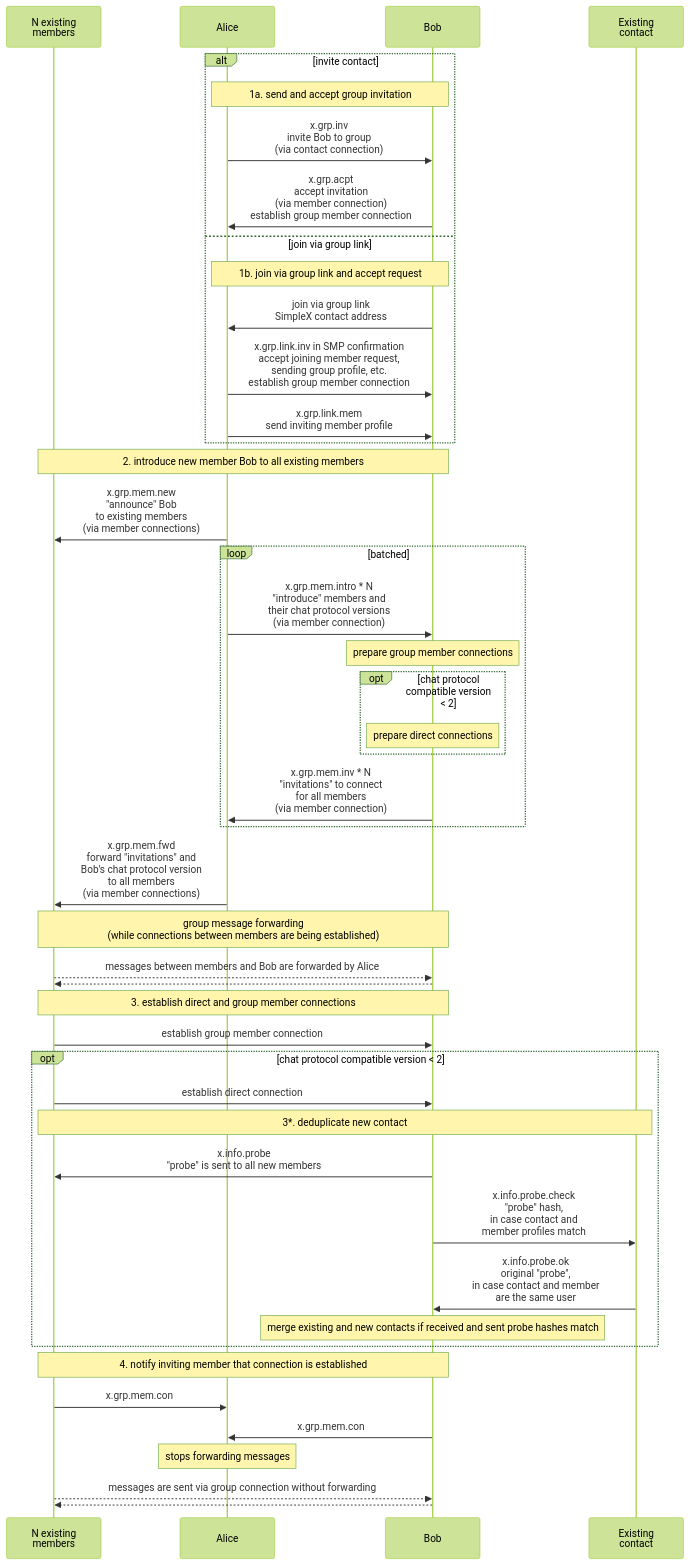
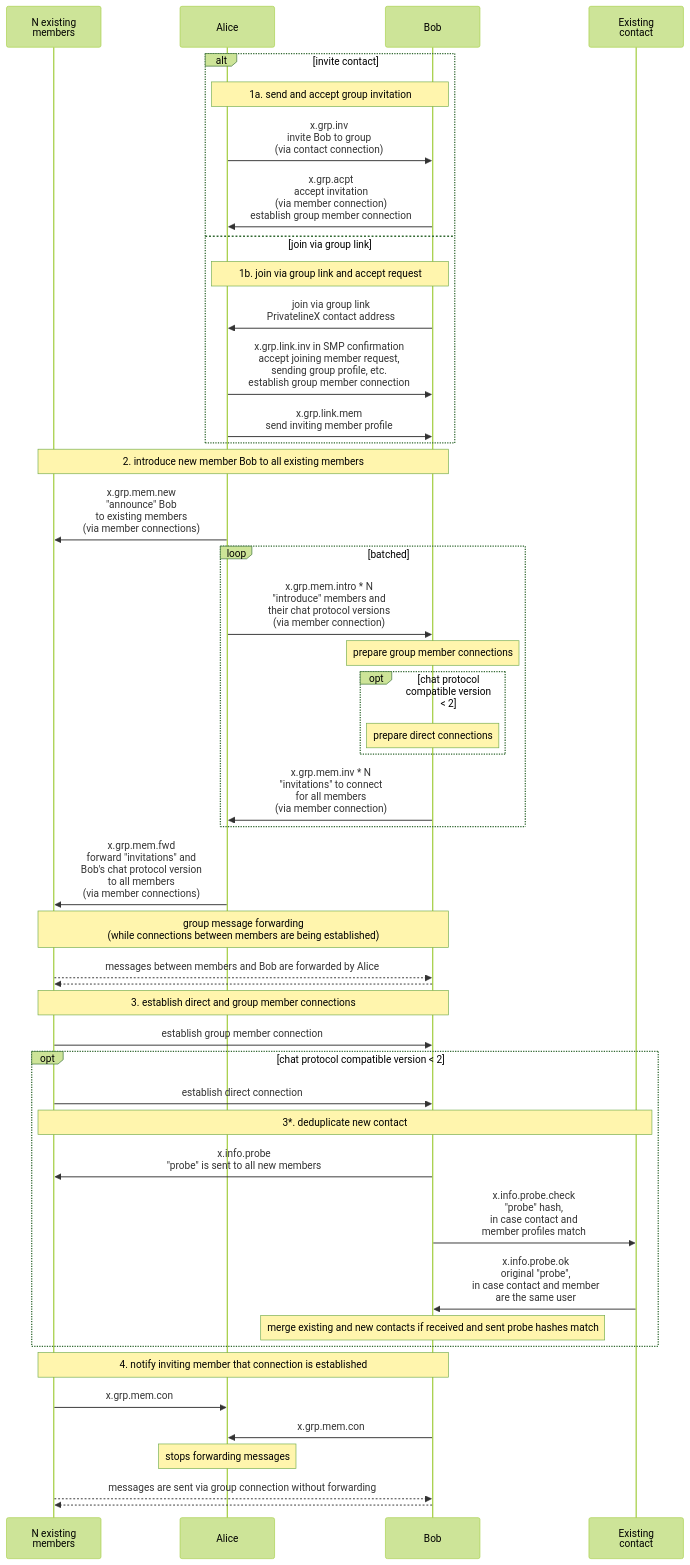
The diagram in docs/protocol/diagrams/group.mmd (tzcytpm/pl-simplex-chat), drawn with Mermaid (forest theme) before and after one commit. The commit also changed 256 other files, not shown here.

```diff
--- a/docs/protocol/diagrams/group.mmd
+++ b/docs/protocol/diagrams/group.mmd
@@ -1,51 +1,51 @@
 sequenceDiagram
   participant M as N existing<br>members
   participant A as Alice
   participant B as Bob
   participant C as Existing<br>contact
 
   alt invite contact
     note over A, B: 1a. send and accept group invitation
     A ->> B: x.grp.inv<br>invite Bob to group<br>(via contact connection)
     B ->> A: x.grp.acpt<br>accept invitation<br>(via member connection)<br>establish group member connection
   else join via group link
     note over A, B: 1b. join via group link and accept request
-    B ->> A: join via group link<br>SimpleX contact address
+    B ->> A: join via group link<br>PrivatelineX contact address
     A ->> B: x.grp.link.inv in SMP confirmation<br>accept joining member request,<br>sending group profile, etc.<br>establish group member connection
     A ->> B: x.grp.link.mem<br>send inviting member profile
   end
 
   note over M, B: 2. introduce new member Bob to all existing members
   A ->> M: x.grp.mem.new<br>"announce" Bob<br>to existing members<br>(via member connections)
   loop batched
     A ->> B: x.grp.mem.intro * N<br>"introduce" members and<br>their chat protocol versions<br>(via member connection)
     note over B: prepare group member connections
     opt chat protocol compatible version < 2
       note over B: prepare direct connections
     end
     B ->> A: x.grp.mem.inv * N<br>"invitations" to connect<br>for all members<br>(via member connection)
   end
   A ->> M: x.grp.mem.fwd<br>forward "invitations" and<br>Bob's chat protocol version<br>to all members<br>(via member connections)
 
   note over M, B: group message forwarding<br>(while connections between members are being established)
   M -->> B: messages between members and Bob are forwarded by Alice
   B -->> M: 
 
   note over M, B: 3. establish direct and group member connections
   M ->> B: establish group member connection
 
   opt chat protocol compatible version < 2
     M ->> B: establish direct connection
     note over M, C: 3*. deduplicate new contact
     B ->> M: x.info.probe<br>"probe" is sent to all new members
     B ->> C: x.info.probe.check<br>"probe" hash,<br>in case contact and<br>member profiles match
     C ->> B: x.info.probe.ok<br> original "probe",<br> in case contact and member<br>are the same user
     note over B: merge existing and new contacts if received and sent probe hashes match
   end
 
   note over M, B: 4. notify inviting member that connection is established
   M ->> A: x.grp.mem.con
   B ->> A: x.grp.mem.con
   note over A: stops forwarding messages
   M -->> B: messages are sent via group connection without forwarding
   B -->> M: 
```
